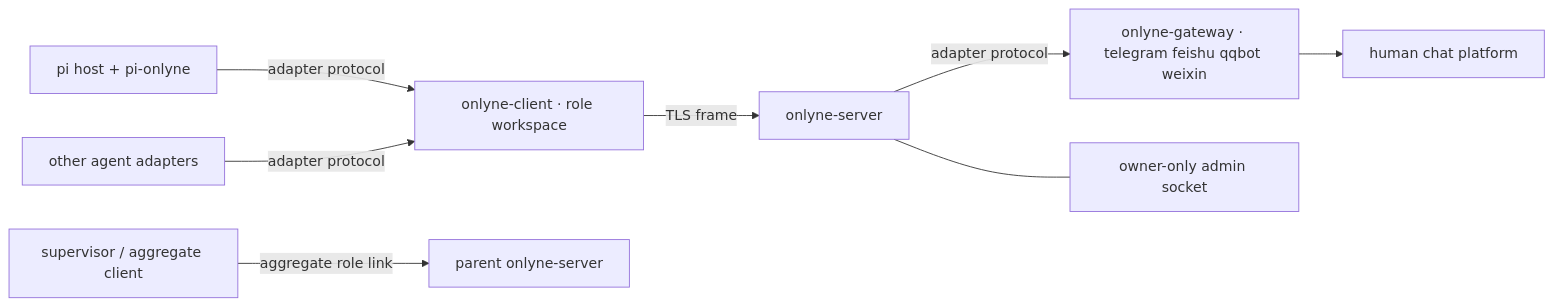
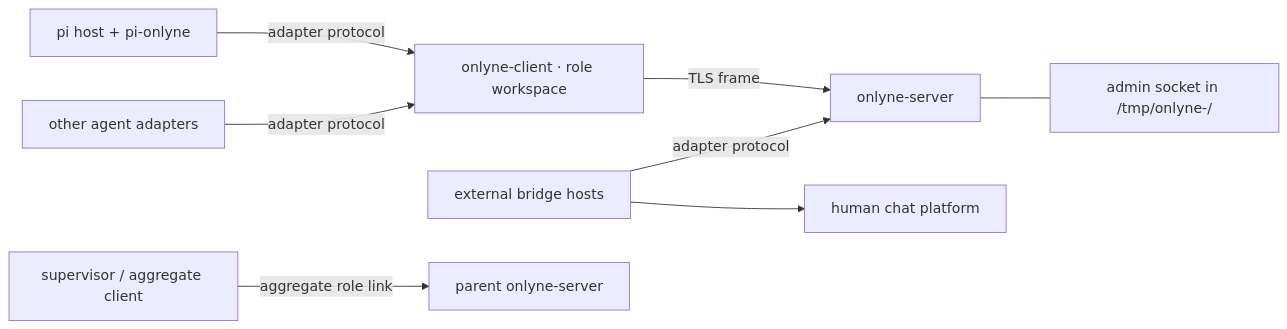
Before and after one commit to dbydd/onlyne: the second of 2 diagrams in README.md, drawn with Mermaid. The commit also changed other lines of this file and 87 other files, not shown here.

````diff
--- a/README.md
+++ b/README.md
@@ -395,10 +390,10 @@
 ```mermaid
 graph LR
   P[pi host + pi-onlyne] -->|adapter protocol| C[onlyne-client · role workspace]
   A[other agent adapters] -->|adapter protocol| C
   C -->|TLS frame| SRV[onlyne-server]
-  SRV -->|adapter protocol| G[onlyne-gateway · telegram feishu qqbot weixin]
-  G --> H[human chat platform]
+  B[external bridge hosts] -->|adapter protocol| SRV
+  B --> H[human chat platform]
   SC[supervisor / aggregate client] -->|aggregate role link| PS[parent onlyne-server]
-  SRV --- AD[owner-only admin socket]
+  SRV --- AD[admin socket in /tmp/onlyne-<uid>/]
 ```
````
